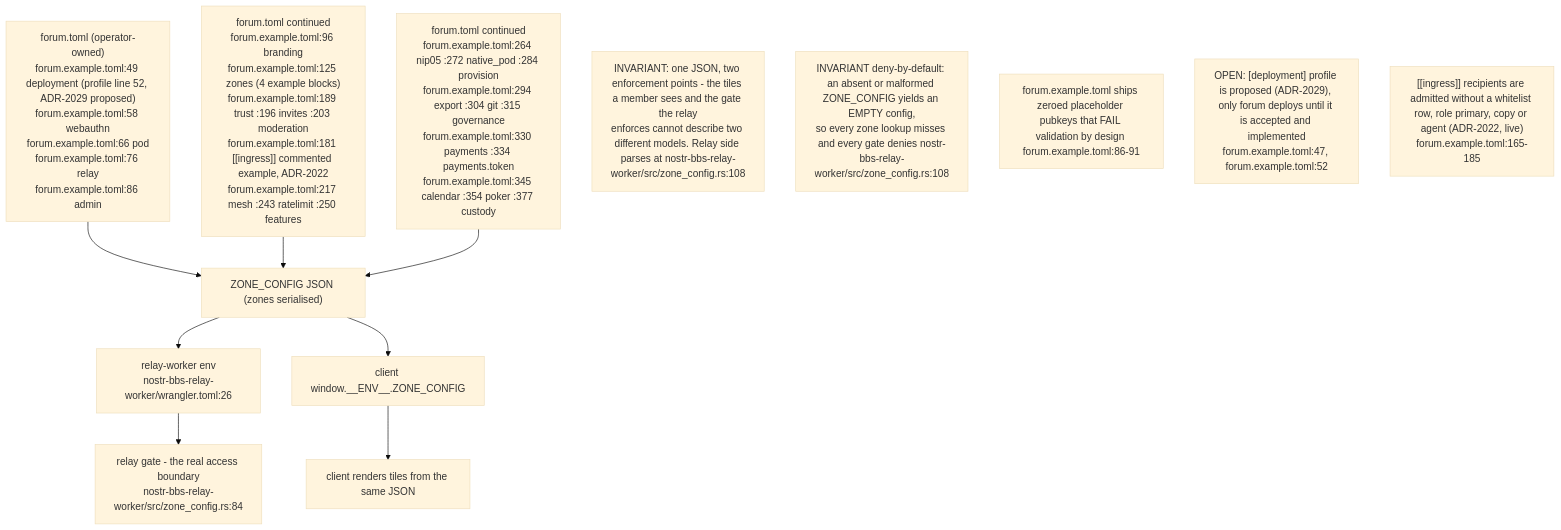
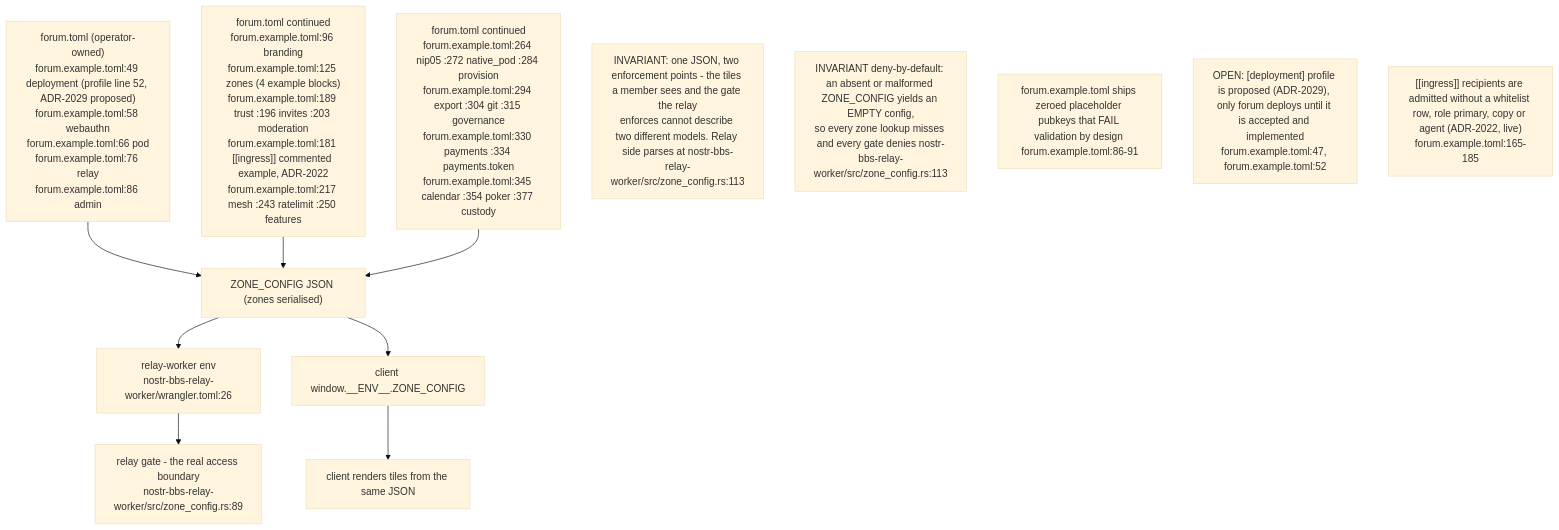
One commit to DreamLab-AI/VisionFlow changed the first of 11 diagrams in docs/diagrams/nostr-rust-forum/08-config-zones-stores-and-admin-authority.md. Above: the diagram before and after it, drawn with Mermaid (base theme). The commit also changed other lines of this file and 1 other file, not shown here.

First line of the commit message:
docs(diagrams): NF-08 and NF-25 re-verified at nostr-rust-forum af4f0d5

````diff
--- a/docs/diagrams/nostr-rust-forum/08-config-zones-stores-and-admin-authority.md
+++ b/docs/diagrams/nostr-rust-forum/08-config-zones-stores-and-admin-authority.md
@@ -46,23 +53,23 @@
 ```mermaid
 flowchart TB
     TOML["forum.toml (operator-owned)<br/>forum.example.toml:49 deployment (profile line 52, ADR-2029 proposed)<br/>forum.example.toml:58 webauthn<br/>forum.example.toml:66 pod<br/>forum.example.toml:76 relay<br/>forum.example.toml:86 admin"]
     TOML2["forum.toml continued<br/>forum.example.toml:96 branding<br/>forum.example.toml:125 zones (4 example blocks)<br/>forum.example.toml:189 trust :196 invites :203 moderation<br/>forum.example.toml:181 [[ingress]] commented example, ADR-2022<br/>forum.example.toml:217 mesh :243 ratelimit :250 features"]
     TOML3["forum.toml continued<br/>forum.example.toml:264 nip05 :272 native_pod :284 provision<br/>forum.example.toml:294 export :304 git :315 governance<br/>forum.example.toml:330 payments :334 payments.token<br/>forum.example.toml:345 calendar :354 poker :377 custody"]
     ZC["ZONE_CONFIG JSON (zones serialised)"]
     RELAYENV["relay-worker env<br/>nostr-bbs-relay-worker/wrangler.toml:26"]
     CLIENTENV["client window.__ENV__.ZONE_CONFIG"]
-    GATE["relay gate - the real access boundary<br/>nostr-bbs-relay-worker/src/zone_config.rs:84"]
+    GATE["relay gate - the real access boundary<br/>nostr-bbs-relay-worker/src/zone_config.rs:89"]
     TILES["client renders tiles from the same JSON"]
 
     TOML --> ZC
     TOML2 --> ZC
     TOML3 --> ZC
     ZC --> RELAYENV --> GATE
     ZC --> CLIENTENV --> TILES
 
-    N1["INVARIANT: one JSON, two enforcement points - the tiles a member sees and the gate the relay<br/>enforces cannot describe two different models. Relay side parses at nostr-bbs-relay-worker/src/zone_config.rs:108"]
-    N2["INVARIANT deny-by-default: an absent or malformed ZONE_CONFIG yields an EMPTY config,<br/>so every zone lookup misses and every gate denies nostr-bbs-relay-worker/src/zone_config.rs:108"]
+    N1["INVARIANT: one JSON, two enforcement points - the tiles a member sees and the gate the relay<br/>enforces cannot describe two different models. Relay side parses at nostr-bbs-relay-worker/src/zone_config.rs:113"]
+    N2["INVARIANT deny-by-default: an absent or malformed ZONE_CONFIG yields an EMPTY config,<br/>so every zone lookup misses and every gate denies nostr-bbs-relay-worker/src/zone_config.rs:113"]
     N3["forum.example.toml ships zeroed placeholder pubkeys that FAIL validation by design forum.example.toml:86-91"]
     N4["OPEN: [deployment] profile is proposed (ADR-2029), only forum deploys until it is accepted and implemented<br/>forum.example.toml:47, forum.example.toml:52"]
     N5["[[ingress]] recipients are admitted without a whitelist row, role primary, copy or agent (ADR-2022, live)<br/>forum.example.toml:165-185"]
 ```
````
